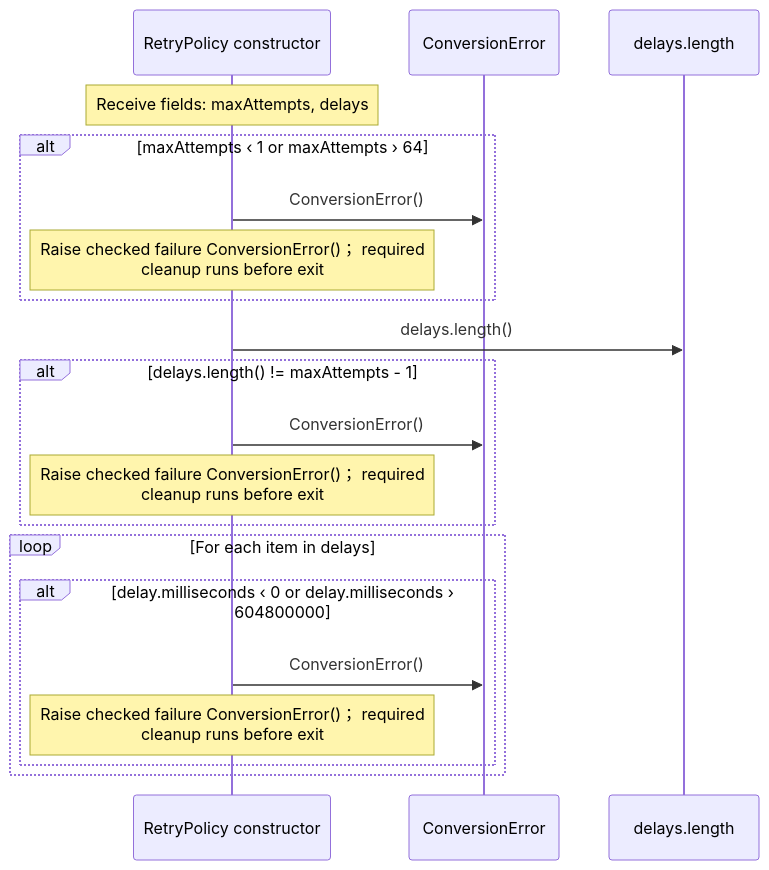
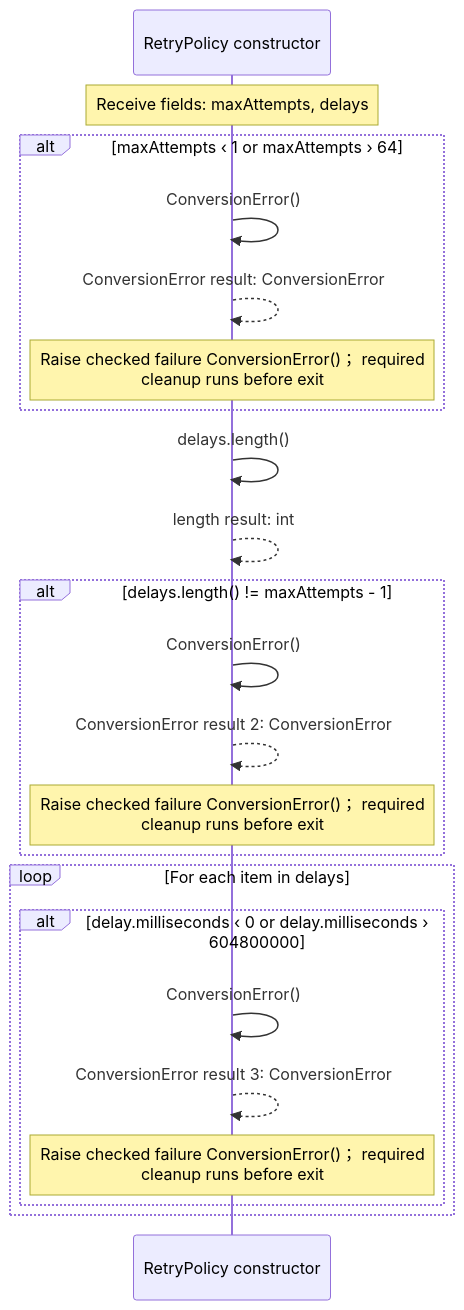
Before and after one commit to GreenPandaStudios/augscript: the first of 2 diagrams in src/stdlib/values/retries.aug.diagrams.md, drawn with Mermaid. The commit also changed other lines of this file and 304 other files, not shown here.

Commit message:
Make generated data-flow sequences concise and review every diagram

````diff
--- a/src/stdlib/values/retries.aug.diagrams.md
+++ b/src/stdlib/values/retries.aug.diagrams.md
@@ -18,22 +18,25 @@
 ```mermaid
 sequenceDiagram
     participant p0 as RetryPolicy constructor
-    participant p1 as ConversionError
-    participant p2 as delays.length
+
     Note over p0: Receive fields: maxAttempts, delays
     alt maxAttempts ‹ 1 or maxAttempts › 64
-    p0->>p1: ConversionError()
+    p0->>p0: ConversionError()
+    p0-->>p0: ConversionError result: ConversionError
     Note over p0: Raise checked failure ConversionError()； required<br/>cleanup runs before exit
     end
-    p0->>p2: delays.length()
+    p0->>p0: delays.length()
+    p0-->>p0: length result: int
     alt delays.length() != maxAttempts - 1
-    p0->>p1: ConversionError()
+    p0->>p0: ConversionError()
+    p0-->>p0: ConversionError result 2: ConversionError
     Note over p0: Raise checked failure ConversionError()； required<br/>cleanup runs before exit
     end
     loop For each item in delays
     alt delay.milliseconds ‹ 0 or delay.milliseconds › 604800000
-    p0->>p1: ConversionError()
+    p0->>p0: ConversionError()
+    p0-->>p0: ConversionError result 3: ConversionError
     Note over p0: Raise checked failure ConversionError()； required<br/>cleanup runs before exit
     end
     end
 ```
````
